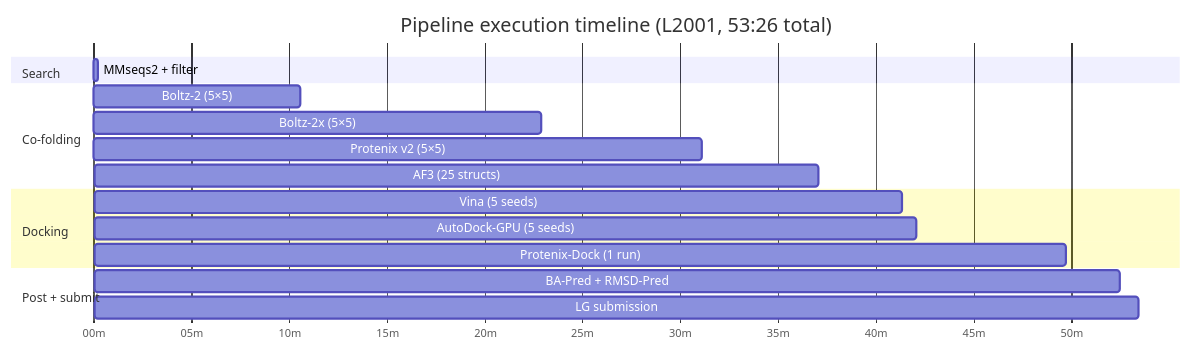
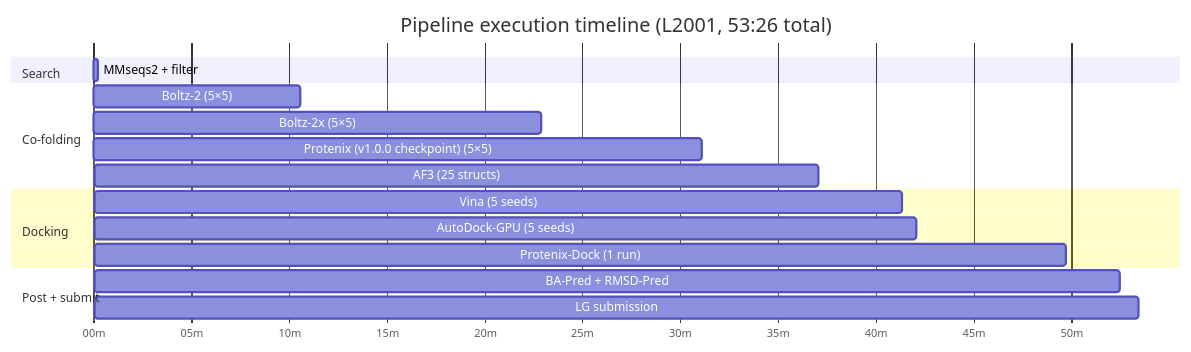
The fourth of 4 diagrams in docs/pipeline.md (eightmm/mosaic-pl), drawn with Mermaid before and after one commit. The commit also changed other lines of this file and 4 other files, not shown here.

Commit message:
fix: use Protenix v1 checkpoint by default

````diff
--- a/docs/pipeline.md
+++ b/docs/pipeline.md
@@ -647,24 +647,24 @@
 ```mermaid
 gantt
     title Pipeline execution timeline (L2001, 53:26 total)
     dateFormat X
     axisFormat %Mm
 
     section Search
     MMseqs2 + filter            :0, 13
 
     section Co-folding
     Boltz-2 (5×5)                :13, 635
     Boltz-2x (5×5)               :635, 1375
-    Protenix v2 (5×5)            :1375, 1867
+    Protenix (v1.0.0 checkpoint) (5×5)            :1375, 1867
     AF3 (25 structs)             :1870, 2223
 
     section Docking
     Vina (5 seeds)               :2228, 2482
     AutoDock-GPU (5 seeds)       :2482, 2524
     Protenix-Dock (1 run)        :2524, 2983
 
     section Post + submit
     BA-Pred + RMSD-Pred          :2987, 3150
     LG submission                :3155, 3206
 ```
````
